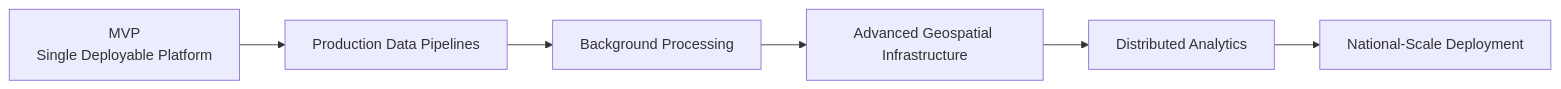
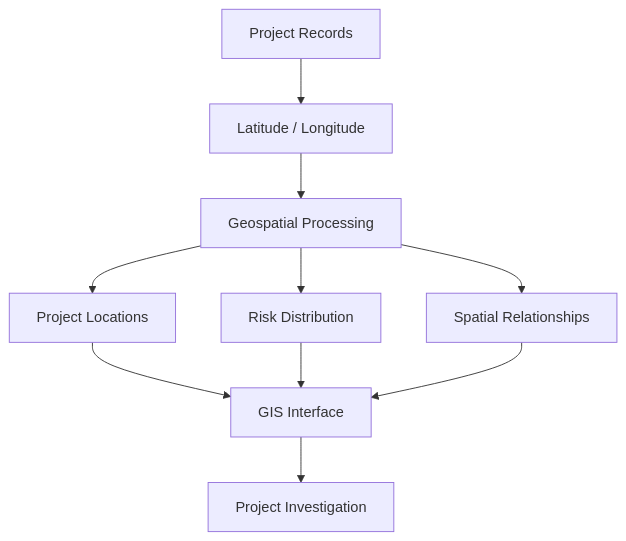
One commit to the-nidhi-bhat/mplads-sentinel changed diagram 14 of 32 in README.md. Above: the diagram before and after it, drawn with Mermaid. The commit also changed other lines of this file, not shown here.

````diff
--- a/README.md
+++ b/README.md
@@ -1071,14 +576,18 @@
 ```mermaid
-flowchart LR
+flowchart TB
 
-    MVP["MVP<br/>Single Deployable Platform"]
-    --> P1["Production Data Pipelines"]
+    A["Project Records"]
+    --> B["Latitude / Longitude"]
 
-    P1 --> P2["Background Processing"]
+    B --> C["Geospatial Processing"]
 
-    P2 --> P3["Advanced Geospatial Infrastructure"]
+    C --> D["Project Locations"]
+    C --> E["Risk Distribution"]
+    C --> F["Spatial Relationships"]
 
-    P3 --> P4["Distributed Analytics"]
+    D --> G["GIS Interface"]
+    E --> G
+    F --> G
 
-    P4 --> P5["National-Scale Deployment"]
+    G --> H["Project Investigation"]
 ```
````
